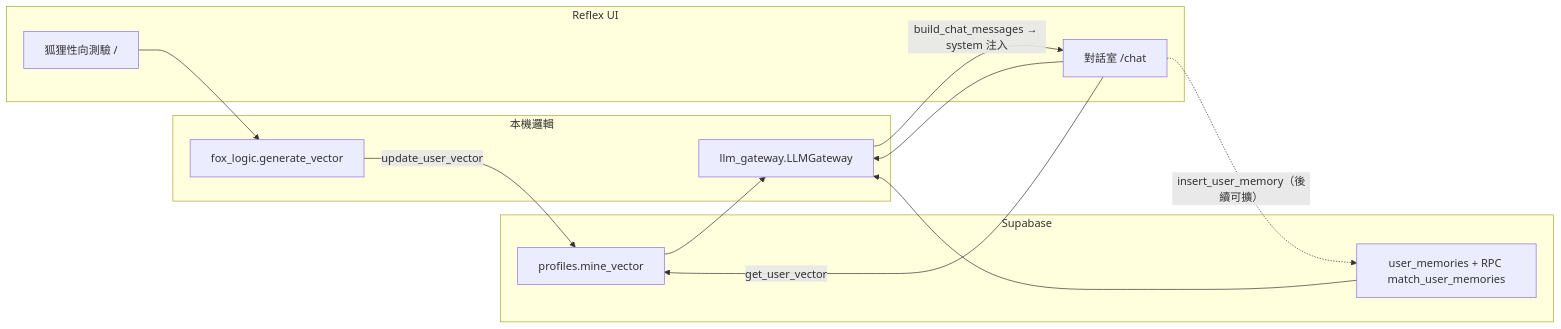
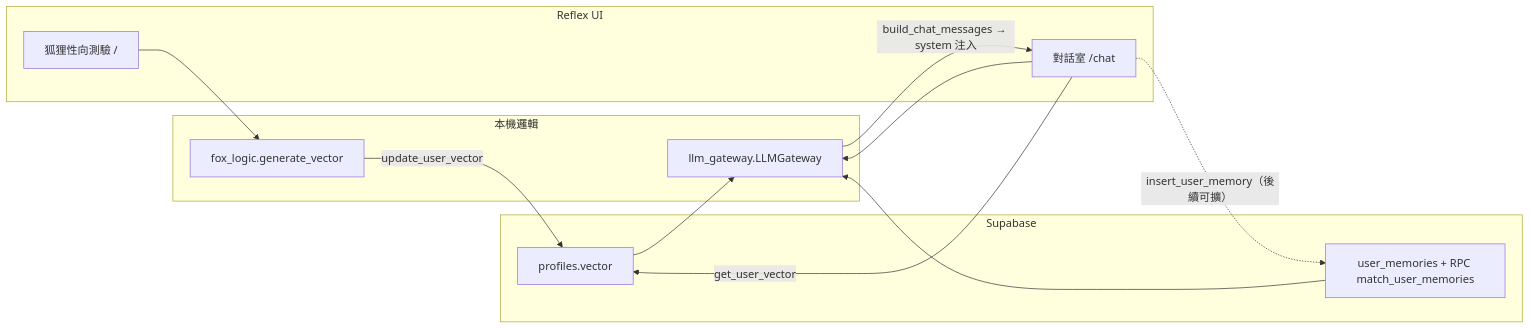
One commit to jot717/HOKU315 changed the diagram in README.md. Above: the diagram before and after it, drawn with Mermaid. The commit also changed other lines of this file and 13 other files, not shown here.

Commit message:
fix: 移除 mine_vector 舊格式依賴，統一使用 pgvector

````diff
--- a/README.md
+++ b/README.md
@@ -66,23 +66,23 @@
 ```mermaid
 flowchart LR
   subgraph UI["Reflex UI"]
     Q["狐狸性向測驗 /"]
     C["對話室 /chat"]
   end
   subgraph Logic["本機邏輯"]
     FL["fox_logic.generate_vector"]
     GW["llm_gateway.LLMGateway"]
   end
   subgraph DB["Supabase"]
-    P["profiles.mine_vector"]
+    P["profiles.vector"]
     M["user_memories + RPC match_user_memories"]
   end
   Q --> FL
   FL -->|"update_user_vector"| P
   C -->|"get_user_vector"| P
   C --> GW
   P --> GW
   M --> GW
   GW -->|"build_chat_messages → system 注入"| C
   C -.->|"insert_user_memory（後續可擴）"| M
 ```
````
